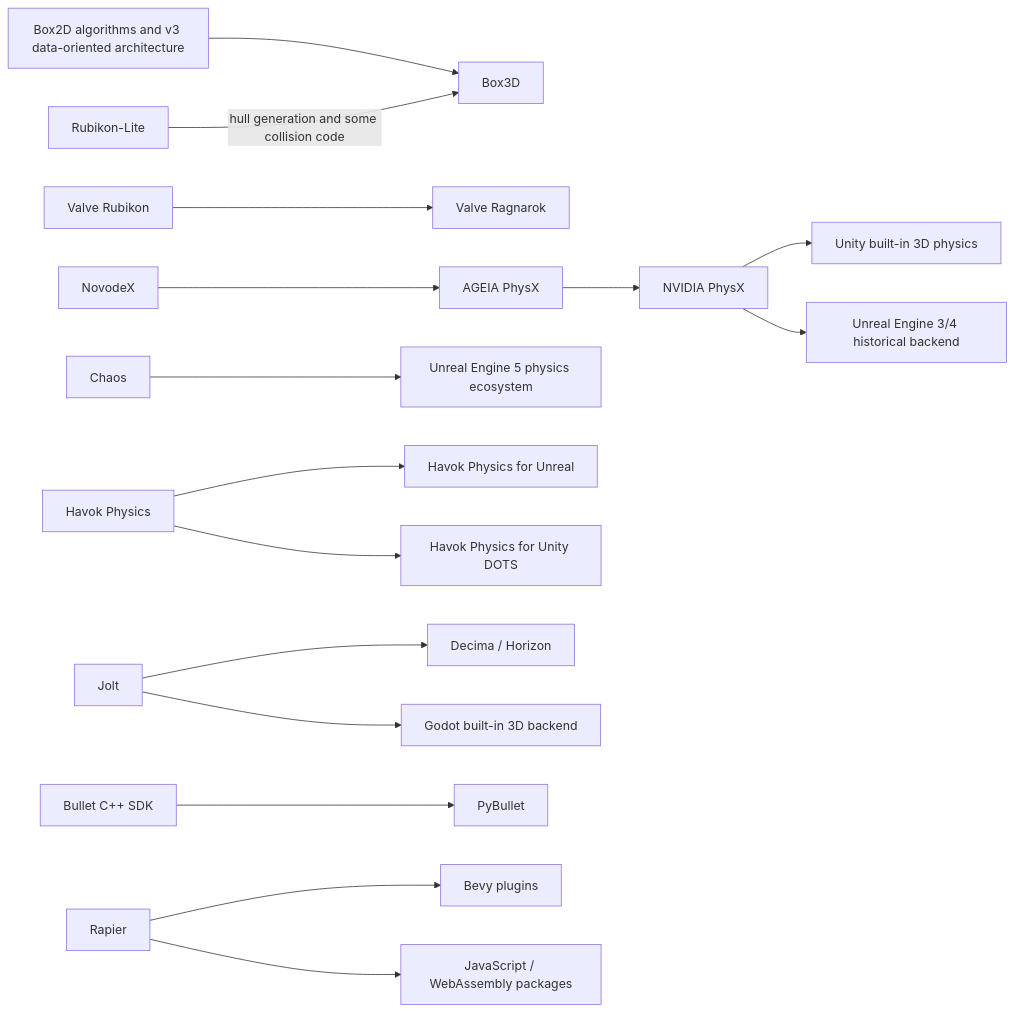
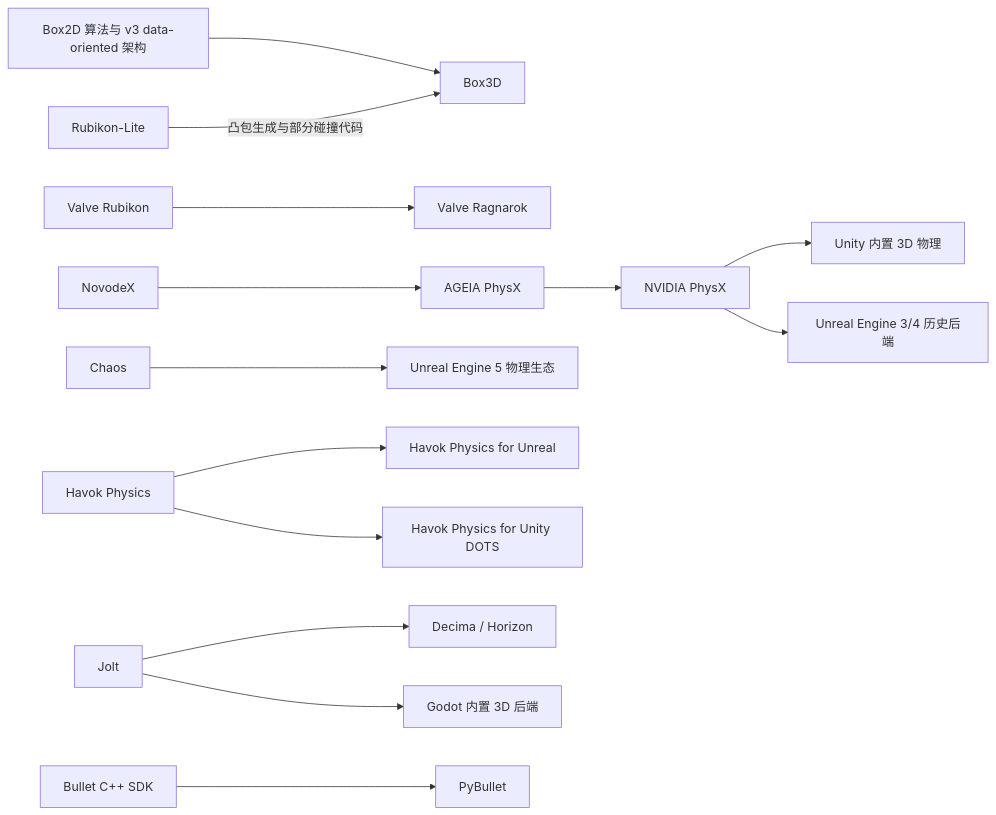
Before and after one commit to pps43/pps43.github.io: the second of 5 diagrams in content/posts/notes_on_physics_engine/index.md, drawn with Mermaid. The commit also changed other lines of this file and 2 other files, not shown here.

First line of the commit message:
docs: translate physics engine post to Chinese, add skill optimization post

````diff
--- a/content/posts/notes_on_physics_engine/index.md
+++ b/content/posts/notes_on_physics_engine/index.md
@@ -90,21 +74,19 @@
 ```mermaid
 flowchart LR
-    B2["Box2D algorithms and v3 data-oriented architecture"] --> B3["Box3D"]
-    RL["Rubikon-Lite"] -->|"hull generation and some collision code"| B3
+    B2["Box2D 算法与 v3 data-oriented 架构"] --> B3["Box3D"]
+    RL["Rubikon-Lite"] -->|"凸包生成与部分碰撞代码"| B3
     R["Valve Rubikon"] --> RG["Valve Ragnarok"]
 
     N["NovodeX"] --> A["AGEIA PhysX"] --> PX["NVIDIA PhysX"]
-    PX --> U["Unity built-in 3D physics"]
-    PX --> UE34["Unreal Engine 3/4 historical backend"]
+    PX --> U["Unity 内置 3D 物理"]
+    PX --> UE34["Unreal Engine 3/4 历史后端"]
 
-    C["Chaos"] --> UE5["Unreal Engine 5 physics ecosystem"]
+    C["Chaos"] --> UE5["Unreal Engine 5 物理生态"]
     H["Havok Physics"] --> HUE["Havok Physics for Unreal"]
     H --> HUD["Havok Physics for Unity DOTS"]
 
     J["Jolt"] --> D["Decima / Horizon"]
-    J --> G["Godot built-in 3D backend"]
+    J --> G["Godot 内置 3D 后端"]
 
     BT["Bullet C++ SDK"] --> PB["PyBullet"]
-    RP["Rapier"] --> BV["Bevy plugins"]
-    RP --> JS["JavaScript / WebAssembly packages"]
 ```
````
